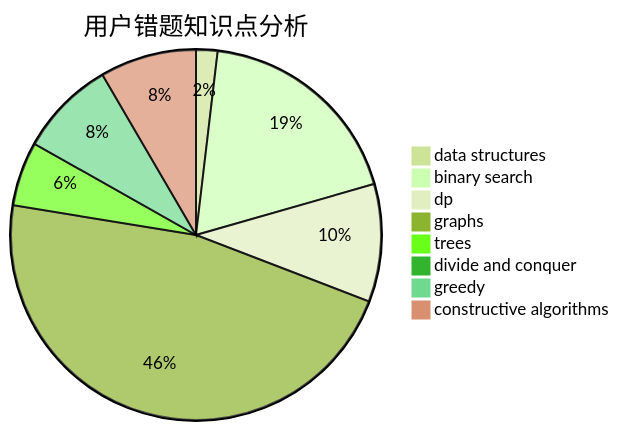
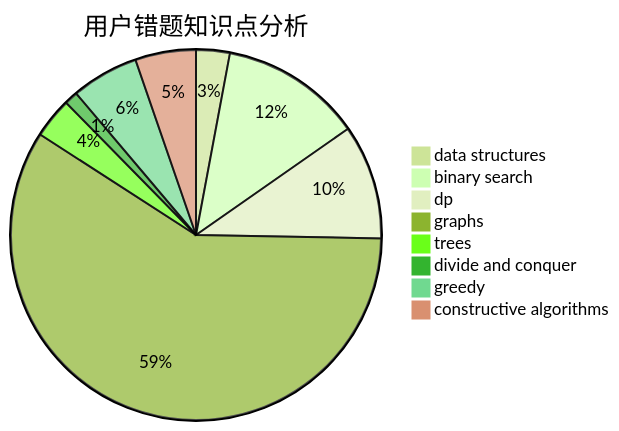
The third of 3 diagrams in docs/user/u1563.md (sherpahu/cfrs.github.io), drawn with Mermaid (forest theme) before and after one commit. The commit also changed other lines of this file and 2770 other files, not shown here.

````diff
--- a/docs/user/u1563.md
+++ b/docs/user/u1563.md
@@ -36,11 +36,11 @@
 ```mermaid
 pie title 用户错题知识点分析
-    "data structures" :  2
-    "binary search" :  20
-    "dp" :  11
-    "graphs" :  50
+    "data structures" :  5
+    "binary search" :  21
+    "dp" :  17
+    "graphs" :  100
     "trees" :  6
-    "divide and conquer" :  1
-    "greedy" :  9
+    "divide and conquer" :  2
+    "greedy" :  10
     "constructive algorithms" :  9
 ```
````
